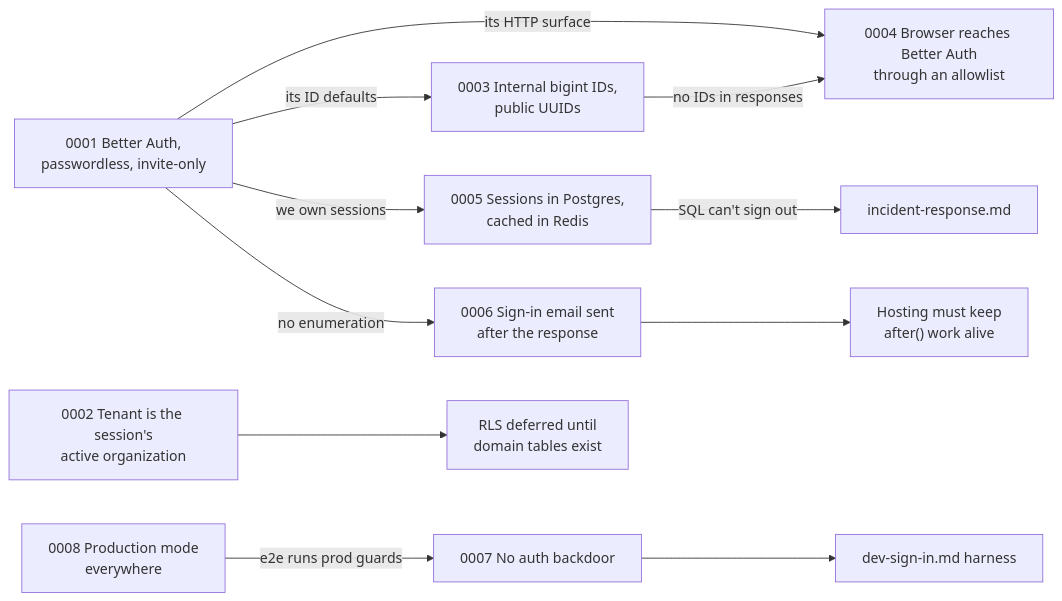
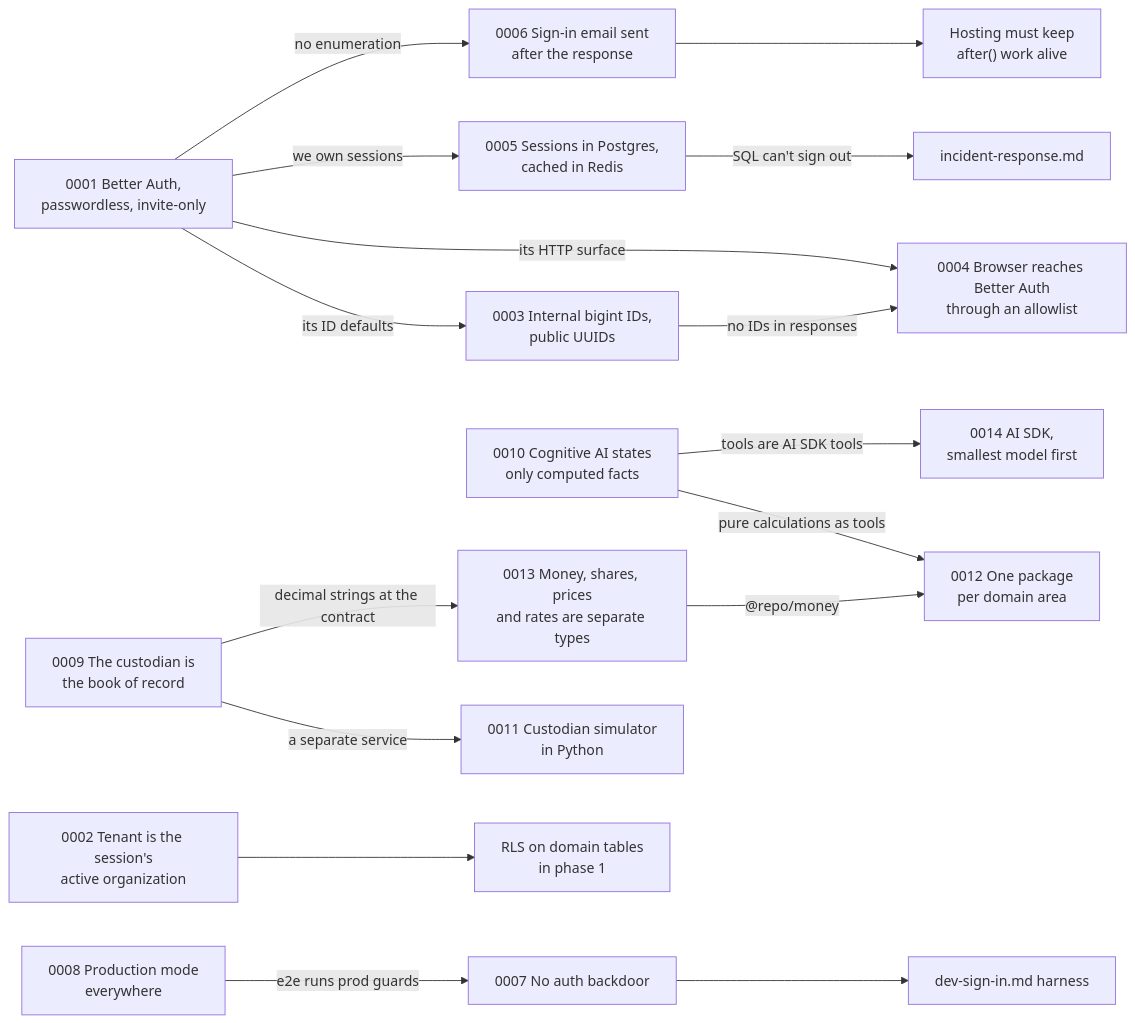
Before and after one commit to m0t0r/cognitive-wealth: the diagram in docs/diagrams/decisions.mmd, drawn with Mermaid. The commit also changed 18 other files, not shown here.

```diff
--- a/docs/diagrams/decisions.mmd
+++ b/docs/diagrams/decisions.mmd
@@ -1,25 +1,36 @@
 flowchart LR
   a1["0001 Better Auth,<br/>passwordless, invite-only"]
   a2["0002 Tenant is the session's<br/>active organization"]
   a3["0003 Internal bigint IDs,<br/>public UUIDs"]
   a4["0004 Browser reaches Better Auth<br/>through an allowlist"]
   a5["0005 Sessions in Postgres,<br/>cached in Redis"]
   a6["0006 Sign-in email sent<br/>after the response"]
   a7["0007 No auth backdoor"]
   a8["0008 Production mode<br/>everywhere"]
+  a9["0009 The custodian is<br/>the book of record"]
+  a10["0010 Cognitive AI states<br/>only computed facts"]
+  a11["0011 Custodian simulator<br/>in Python"]
+  a12["0012 One package<br/>per domain area"]
+  a13["0013 Money, shares, prices<br/>and rates are separate types"]
+  a14["0014 AI SDK,<br/>smallest model first"]
 
   ir["incident-response.md"]
   host["Hosting must keep<br/>after() work alive"]
-  rls["RLS deferred until<br/>domain tables exist"]
+  rls["RLS on domain tables<br/>in phase 1"]
   harness["dev-sign-in.md harness"]
 
   a1 -->|"its ID defaults"| a3
   a1 -->|"its HTTP surface"| a4
   a1 -->|"we own sessions"| a5
   a1 -->|"no enumeration"| a6
   a3 -->|"no IDs in responses"| a4
   a5 -->|"SQL can't sign out"| ir
   a6 --> host
   a2 --> rls
   a7 --> harness
   a8 -->|"e2e runs prod guards"| a7
+  a9 -->|"a separate service"| a11
+  a9 -->|"decimal strings at the contract"| a13
+  a10 -->|"pure calculations as tools"| a12
+  a10 -->|"tools are AI SDK tools"| a14
+  a13 -->|"@repo/money"| a12
```
